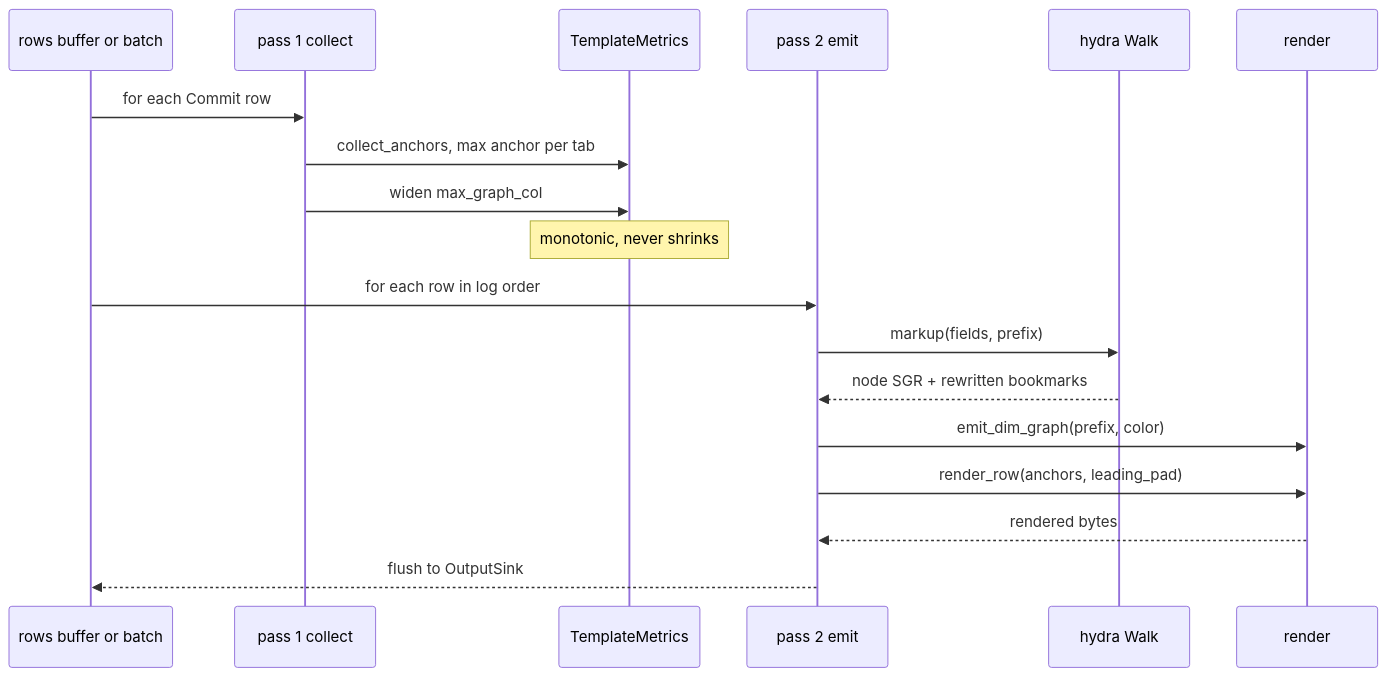
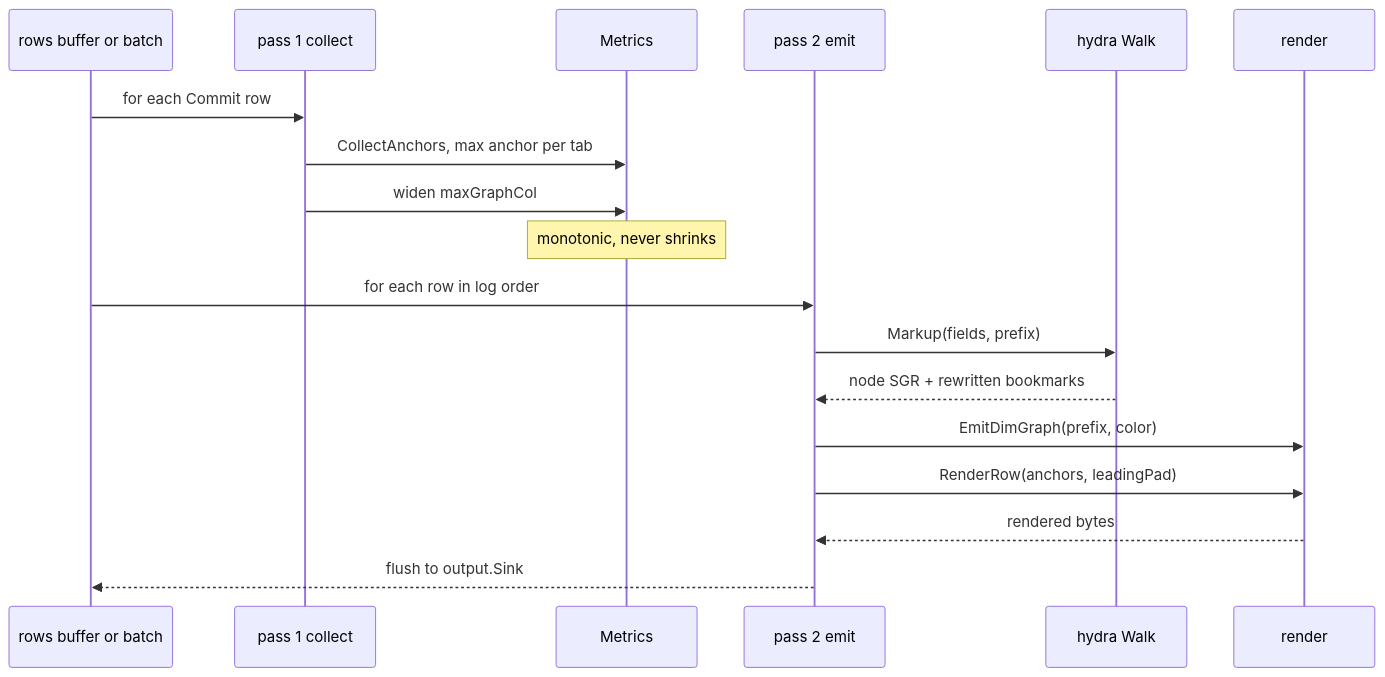
One commit to jjt/bijjou changed the fourth of 7 diagrams in ARCHITECTURE.md. Above: the diagram before and after it, drawn with Mermaid. The commit also changed other lines of this file and 1 other file, not shown here.

````diff
--- a/ARCHITECTURE.md
+++ b/ARCHITECTURE.md
@@ -191,20 +201,20 @@
 ```mermaid
 sequenceDiagram
     participant In as rows buffer or batch
     participant P1 as pass 1 collect
-    participant M as TemplateMetrics
+    participant M as Metrics
     participant P2 as pass 2 emit
     participant H as hydra Walk
     participant R as render
     In->>P1: for each Commit row
-    P1->>M: collect_anchors, max anchor per tab
-    P1->>M: widen max_graph_col
+    P1->>M: CollectAnchors, max anchor per tab
+    P1->>M: widen maxGraphCol
     Note over M: monotonic, never shrinks
     In->>P2: for each row in log order
-    P2->>H: markup(fields, prefix)
+    P2->>H: Markup(fields, prefix)
     H-->>P2: node SGR + rewritten bookmarks
-    P2->>R: emit_dim_graph(prefix, color)
-    P2->>R: render_row(anchors, leading_pad)
+    P2->>R: EmitDimGraph(prefix, color)
+    P2->>R: RenderRow(anchors, leadingPad)
     R-->>P2: rendered bytes
-    P2-->>In: flush to OutputSink
+    P2-->>In: flush to output.Sink
 ```
````
